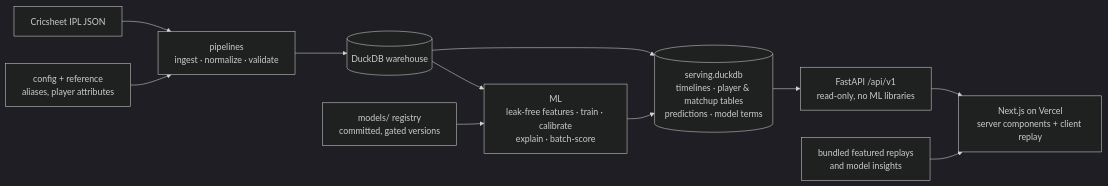
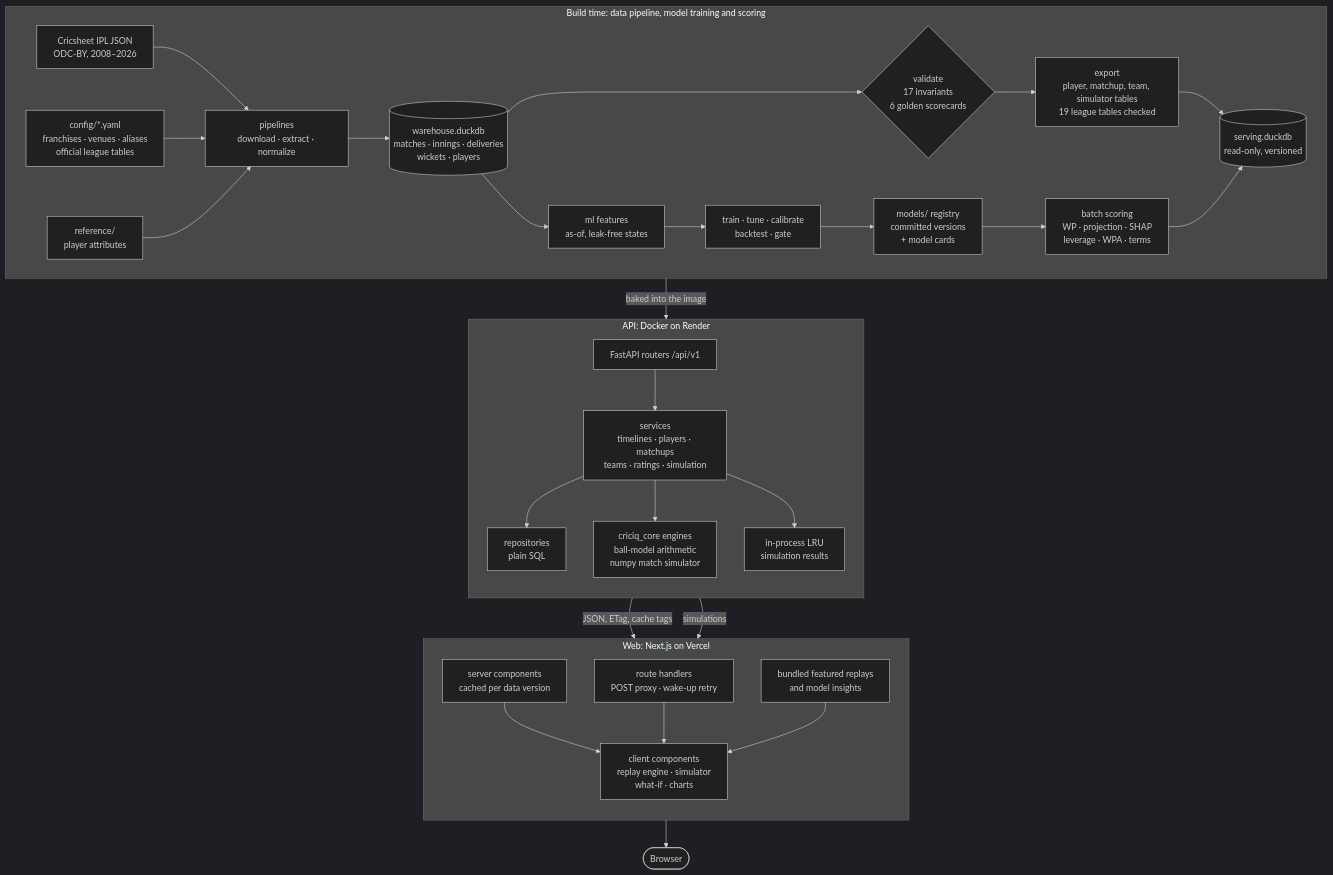
One commit to mehulp007/CricIQ changed the first of 2 diagrams in README.md. Above: the diagram before and after it, drawn with Mermaid (dark theme). The commit also changed other lines of this file and 5 other files, not shown here.

First line of the commit message:
docs: detailed architecture, no roadmap, demo tour capture

````diff
--- a/README.md
+++ b/README.md
@@ -261,13 +267,38 @@
 ```mermaid
-flowchart LR
-    A[Cricsheet IPL JSON] --> B[pipelines<br/>ingest · normalize · validate]
-    R[config + reference<br/>aliases, player attributes] --> B
-    B --> C[(DuckDB warehouse)]
-    C --> D[ML<br/>leak-free features · train · calibrate<br/>explain · batch-score]
-    M[models/ registry<br/>committed, gated versions] --> D
-    C --> E[(serving.duckdb<br/>timelines · player & matchup tables<br/>predictions · model terms)]
-    D --> E
-    E --> F[FastAPI /api/v1<br/>read-only, no ML libraries]
-    F --> G[Next.js on Vercel<br/>server components + client replay]
-    H[bundled featured replays<br/>and model insights] --> G
+flowchart TB
+    subgraph build["Build time: data pipeline, model training and scoring"]
+        direction LR
+        SRC[Cricsheet IPL JSON<br/>ODC-BY, 2008–2026] --> ING[pipelines<br/>download · extract · normalize]
+        CFG[config/*.yaml<br/>franchises · venues · aliases<br/>official league tables] --> ING
+        REF[reference/<br/>player attributes] --> ING
+        ING --> WH[(warehouse.duckdb<br/>matches · innings · deliveries<br/>wickets · players)]
+        WH --> VAL{validate<br/>17 invariants<br/>6 golden scorecards}
+        VAL --> EXP[export<br/>player, matchup, team, simulator tables<br/>19 league tables checked]
+        WH --> FEAT[ml features<br/>as-of, leak-free states]
+        FEAT --> TRAIN[train · tune · calibrate<br/>backtest · gate]
+        TRAIN --> REG[models/ registry<br/>committed versions<br/>+ model cards]
+        REG --> SCORE[batch scoring<br/>WP · projection · SHAP<br/>leverage · WPA · terms]
+        EXP --> SERV[(serving.duckdb<br/>read-only, versioned)]
+        SCORE --> SERV
+    end
+
+    subgraph api["API: Docker on Render"]
+        direction TB
+        RT[FastAPI routers /api/v1] --> SVC[services<br/>timelines · players · matchups<br/>teams · ratings · simulation]
+        SVC --> REPO[repositories<br/>plain SQL]
+        SVC --> ENG[criciq_core engines<br/>ball-model arithmetic<br/>numpy match simulator]
+        SVC --> LRU[in-process LRU<br/>simulation results]
+    end
+
+    subgraph web["Web: Next.js on Vercel"]
+        direction TB
+        RSC[server components<br/>cached per data version] --> UI[client components<br/>replay engine · simulator<br/>what-if · charts]
+        RH[route handlers<br/>POST proxy · wake-up retry] --> UI
+        STATIC[bundled featured replays<br/>and model insights] --> UI
+    end
+
+    SERV -- baked into the image --> REPO
+    RT -- JSON, ETag, cache tags --> RSC
+    RT -- simulations --> RH
+    UI --> USER([Browser])
 ```
````
